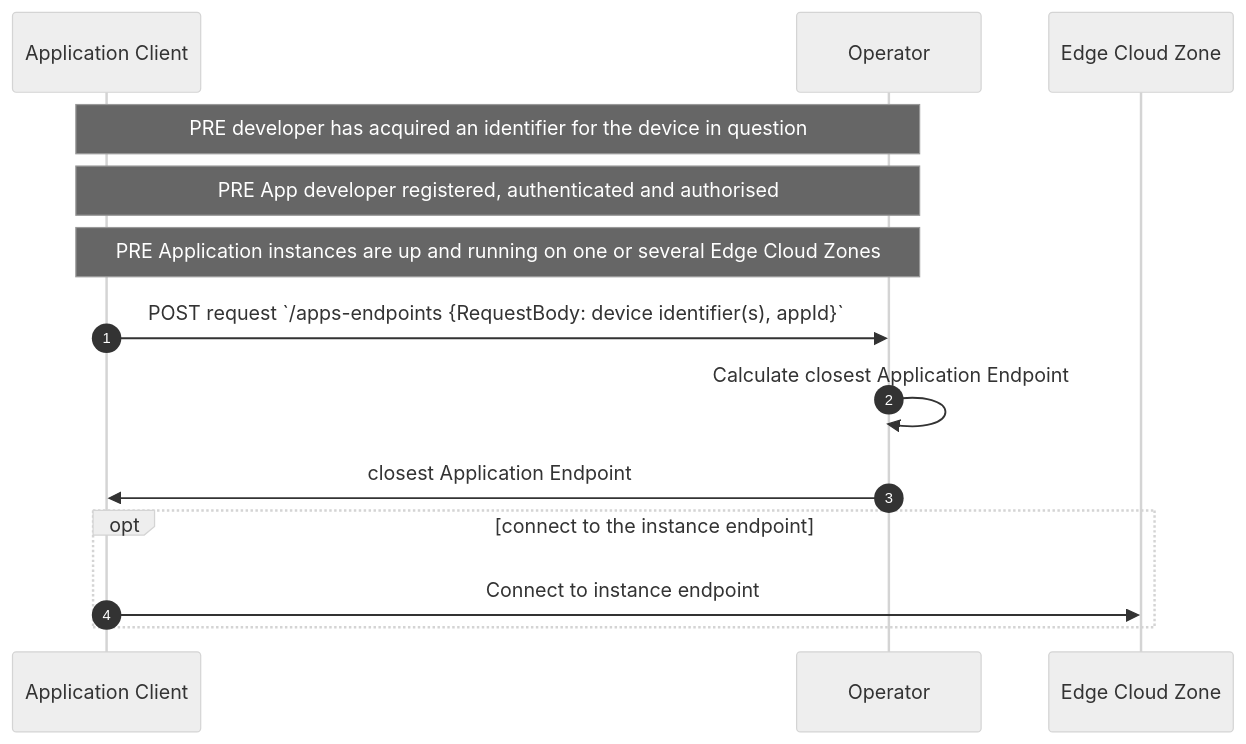
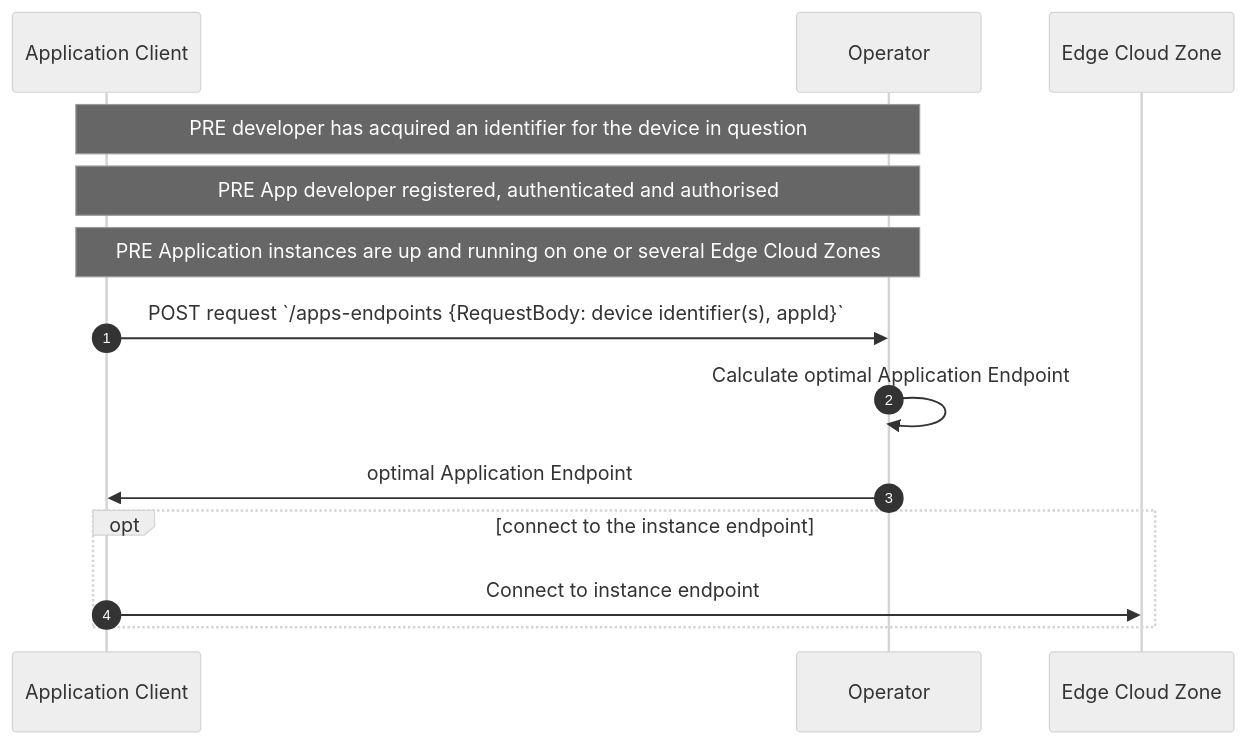
Before and after one commit to camaraproject/EdgeCloud: the first of 2 diagrams in documentation/SupportingDocuments/API_Documentation/User Stories/Application Endpoint Discovery User Story.md, drawn with Mermaid (neutral theme). The commit also changed other lines of this file, not shown here.

Commit message:
Update Application Endpoint Discovery User Story.md

````diff
--- a/documentation/SupportingDocuments/API_Documentation/User Stories/Application Endpoint Discovery User Story.md
+++ b/documentation/SupportingDocuments/API_Documentation/User Stories/Application Endpoint Discovery User Story.md
@@ -28,17 +28,17 @@
 ```mermaid
 sequenceDiagram
     autonumber
     participant Application Client
     participant Operator
     participant Edge Cloud Zone
     Note over Application Client, Operator: PRE developer has acquired an identifier for the device in question
     Note over Application Client, Operator: PRE App developer registered, authenticated and authorised
     Note over Application Client, Operator: PRE Application instances are up and running on one or several Edge Cloud Zones  
 
     Application Client->>Operator: POST request `/apps-endpoints {RequestBody: device identifier(s), appId}`
-    Operator->>Operator: Calculate closest Application Endpoint	    
-    Operator->>Application Client: closest Application Endpoint 
+    Operator->>Operator: Calculate optimal Application Endpoint	    
+    Operator->>Application Client: optimal Application Endpoint 
     opt connect to the instance endpoint     
      Application Client->>Edge Cloud Zone: Connect to instance endpoint
     end
 ```
````
